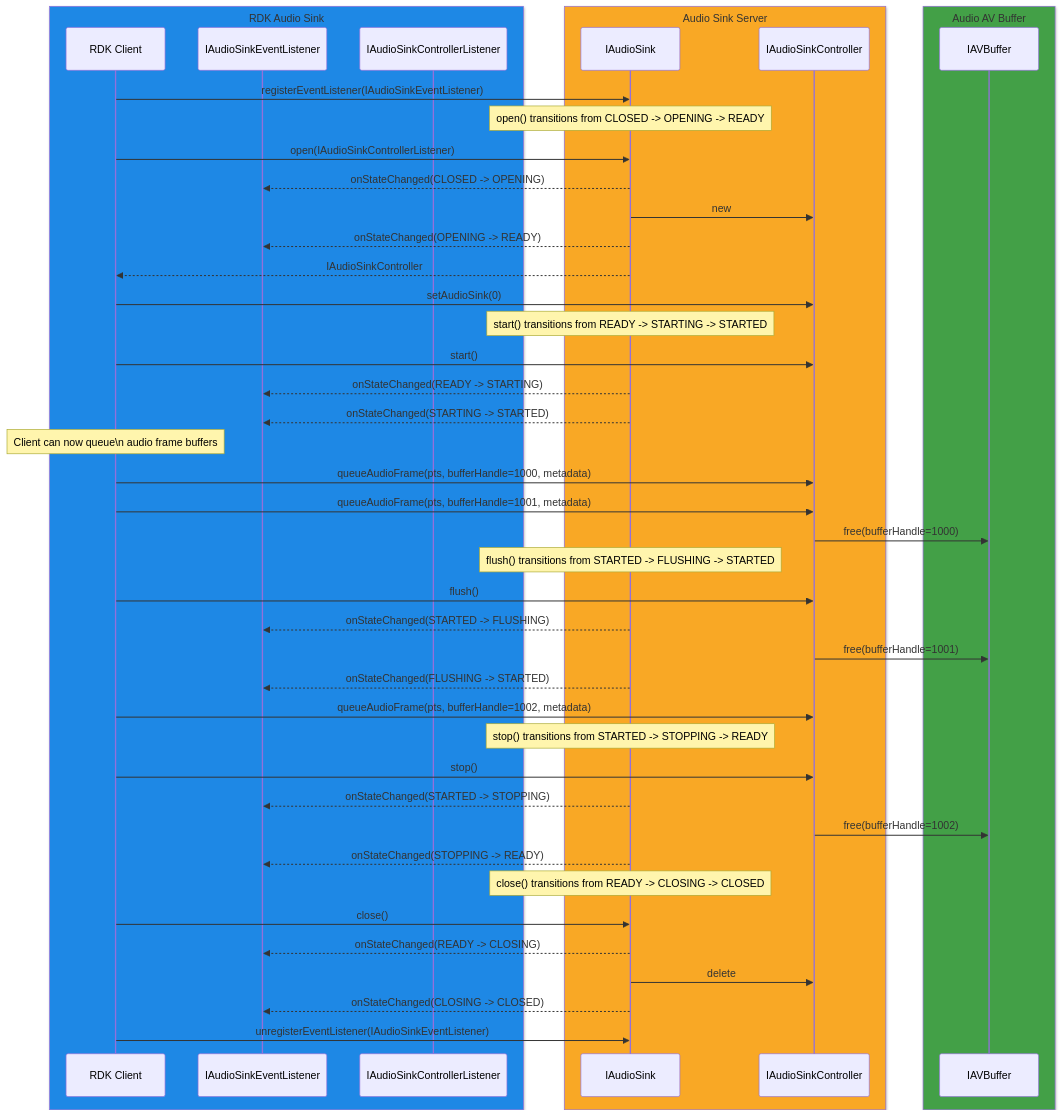
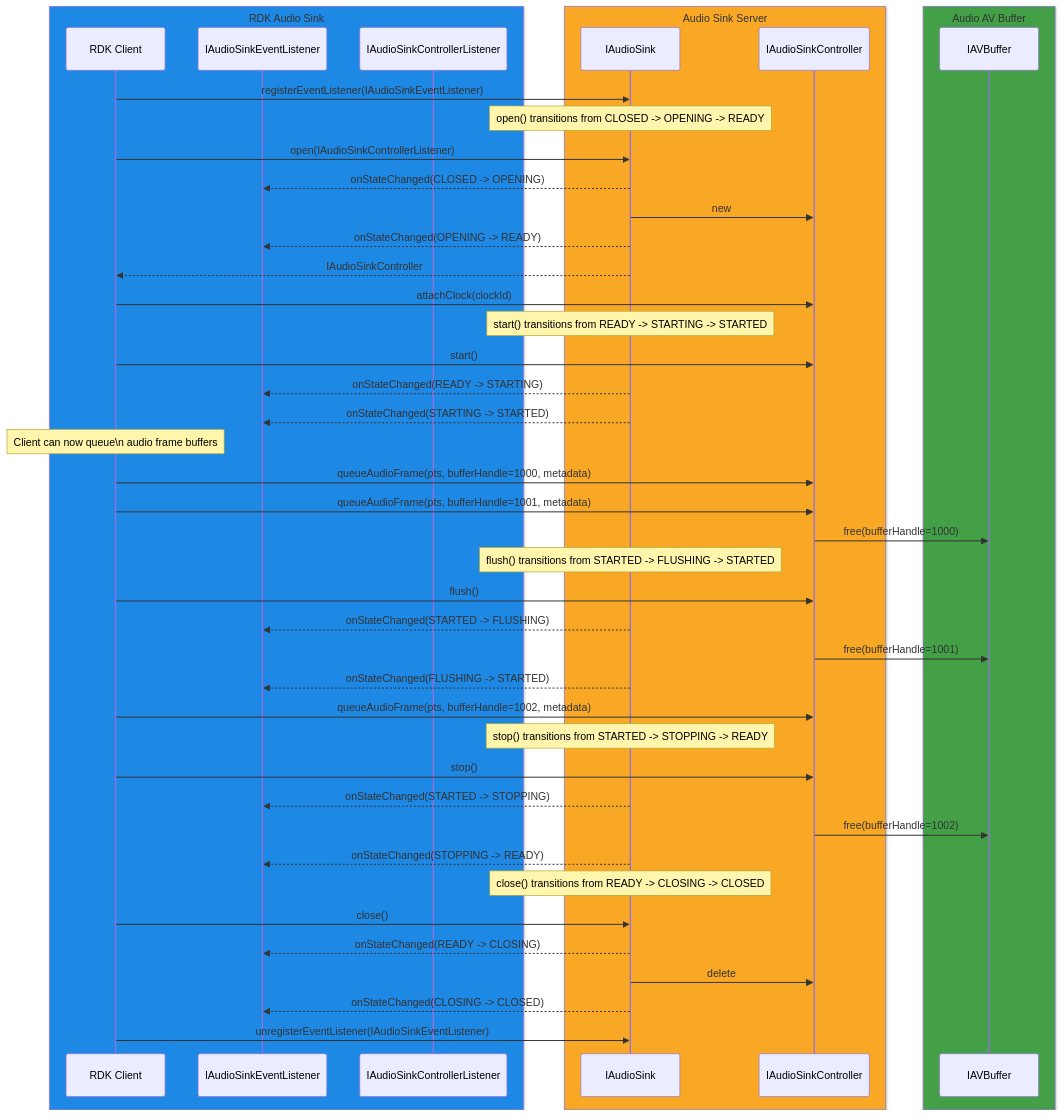
The third of 3 diagrams in docs/halif/audio_sink/current/audio_sink.md (rdkcentral/rdk-halif-aidl), drawn with Mermaid before and after one commit. The commit also changed 7 other files, not shown here.

````diff
--- a/docs/halif/audio_sink/current/audio_sink.md
+++ b/docs/halif/audio_sink/current/audio_sink.md
@@ -246,63 +246,63 @@
 ```mermaid
 sequenceDiagram
     box rgb(30,136,229) RDK Audio Sink
         participant Client as RDK Client
         participant IAudioSinkEventListener
         participant IAudioSinkControllerListener
     end
     box rgb(249,168,37) Audio Sink Server
         participant ADC as IAudioSink
         participant Controller as IAudioSinkController
     end
     box rgb(67,160,71) Audio AV Buffer
         participant IAVBuffer as IAVBuffer
     end
 
     Client->>ADC: registerEventListener(IAudioSinkEventListener)
 
     Note over ADC: open() transitions from CLOSED -> OPENING -> READY
 
     Client->>ADC: open(IAudioSinkControllerListener)
     ADC-->>IAudioSinkEventListener: onStateChanged(CLOSED -> OPENING)
     ADC->>Controller: new
     ADC-->>IAudioSinkEventListener: onStateChanged(OPENING -> READY)
     ADC-->>Client: IAudioSinkController
-    Client->>Controller: setAudioSink(0)
+    Client->>Controller: attachClock(clockId)
 
     Note over ADC: start() transitions from READY -> STARTING -> STARTED
 
     Client->>Controller: start()
     ADC-->>IAudioSinkEventListener: onStateChanged(READY -> STARTING)
     ADC-->>IAudioSinkEventListener: onStateChanged(STARTING -> STARTED)
 
     Note over Client: Client can now queue\n audio frame buffers
 
     Client->>Controller: queueAudioFrame(pts, bufferHandle=1000, metadata)
     Client->>Controller: queueAudioFrame(pts, bufferHandle=1001, metadata)
     Controller->>IAVBuffer: free(bufferHandle=1000)
 
     Note over ADC: flush() transitions from STARTED -> FLUSHING -> STARTED
 
     Client->>Controller: flush()
     ADC-->>IAudioSinkEventListener: onStateChanged(STARTED -> FLUSHING)
     Controller->>IAVBuffer: free(bufferHandle=1001)
     ADC-->>IAudioSinkEventListener: onStateChanged(FLUSHING -> STARTED)
 
     Client->>Controller: queueAudioFrame(pts, bufferHandle=1002, metadata)
 
     Note over ADC: stop() transitions from STARTED -> STOPPING -> READY
 
     Client->>Controller: stop()
     ADC-->>IAudioSinkEventListener: onStateChanged(STARTED -> STOPPING)
     Controller->>IAVBuffer: free(bufferHandle=1002)
     ADC-->>IAudioSinkEventListener: onStateChanged(STOPPING -> READY)
 
     Note over ADC: close() transitions from READY -> CLOSING -> CLOSED
 
     Client->>ADC: close()
     ADC-->>IAudioSinkEventListener: onStateChanged(READY -> CLOSING)
     ADC->>Controller: delete
     ADC-->>IAudioSinkEventListener: onStateChanged(CLOSING -> CLOSED)
 
     Client->>ADC: unregisterEventListener(IAudioSinkEventListener)
 ```
````
